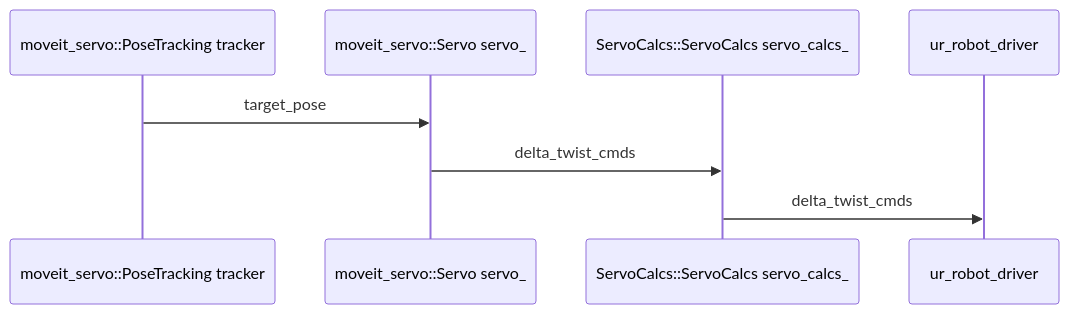
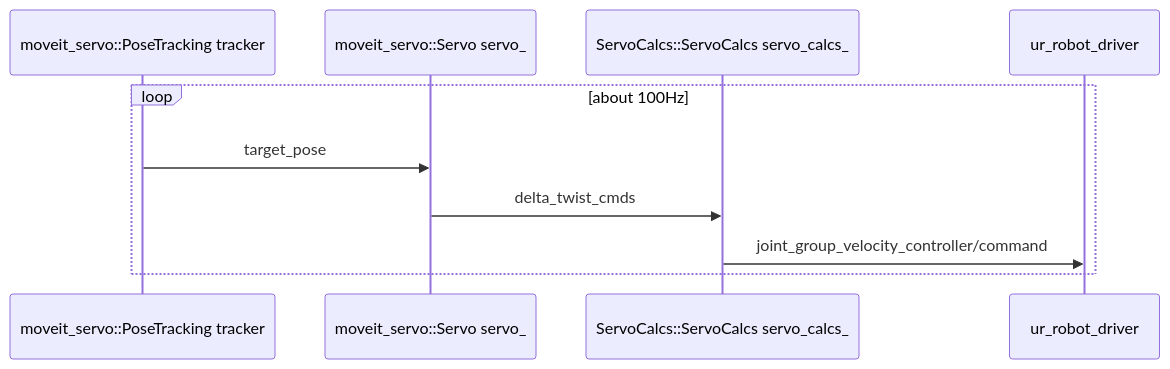
One commit to kemjensak/isaac_sim_tutorial changed the first of 2 diagrams in docs/day3-4.md. Above: the diagram before and after it, drawn with Mermaid. The commit also changed other lines of this file, not shown here.

````diff
--- a/docs/day3-4.md
+++ b/docs/day3-4.md
@@ -121,10 +121,12 @@
 ```mermaid 
 sequenceDiagram 
 	 participant A as moveit_servo::PoseTracking tracker
 	 participant B as moveit_servo::Servo servo_ 
 	 participant C as ServoCalcs::ServoCalcs servo_calcs_  
 	 participant D as ur_robot_driver 
+	 loop about 100Hz
 	 A->>B: target_pose
 	 B->>C: delta_twist_cmds
-	 C->>D: delta_twist_cmds
+	 C->>D: joint_group_velocity_controller/command
+	 end
 ```
````
